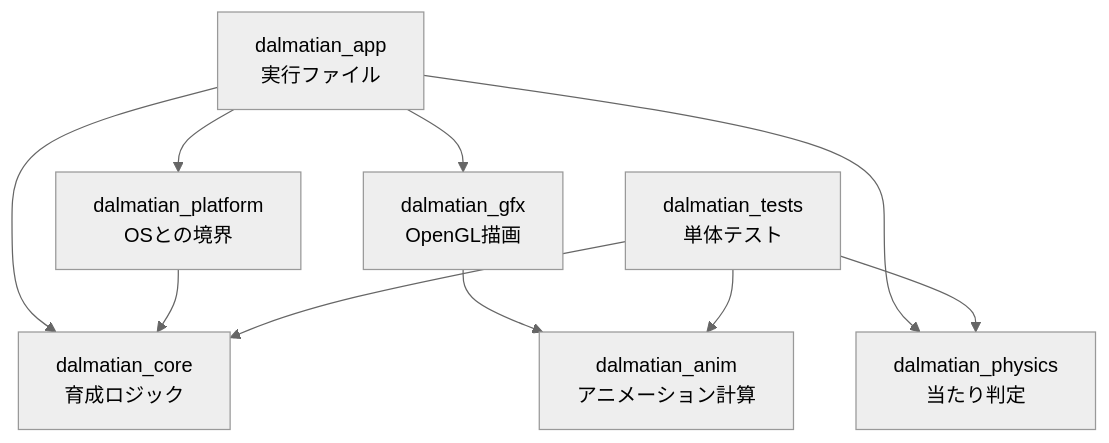
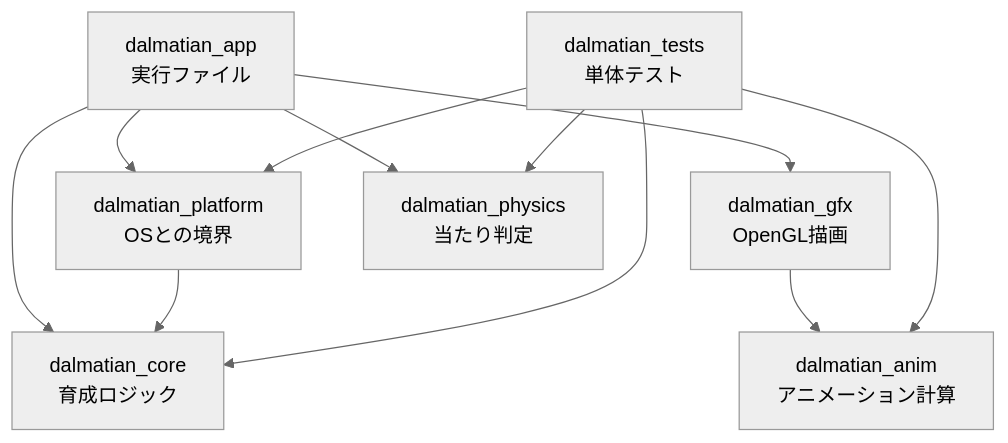
The diagram in README.md (Yokochi513/Dalmatian-nurture), drawn with Mermaid (neutral theme) before and after one commit. The commit also changed other lines of this file and 9 other files, not shown here.

````diff
--- a/README.md
+++ b/README.md
@@ -60,20 +60,21 @@
 ```mermaid
 graph TD
     app[dalmatian_app<br/>実行ファイル]
     core[dalmatian_core<br/>育成ロジック]
     gfx[dalmatian_gfx<br/>OpenGL描画]
     anim[dalmatian_anim<br/>アニメーション計算]
     platform[dalmatian_platform<br/>OSとの境界]
     physics[dalmatian_physics<br/>当たり判定]
     tests[dalmatian_tests<br/>単体テスト]
 
     app --> core
     app --> gfx
     app --> platform
     app --> physics
     platform --> core
     gfx --> anim
     tests --> core
     tests --> anim
     tests --> physics
+    tests --> platform
 ```
````
